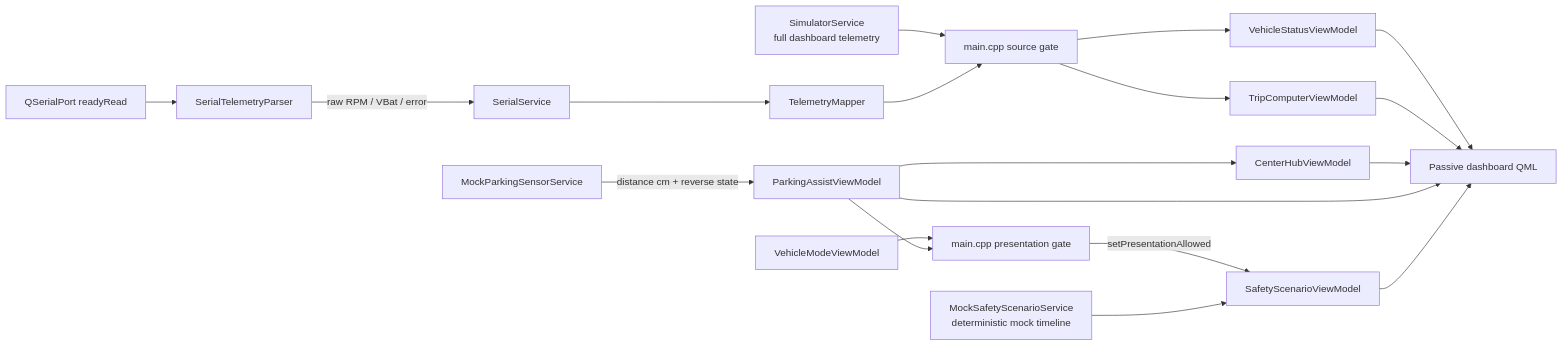
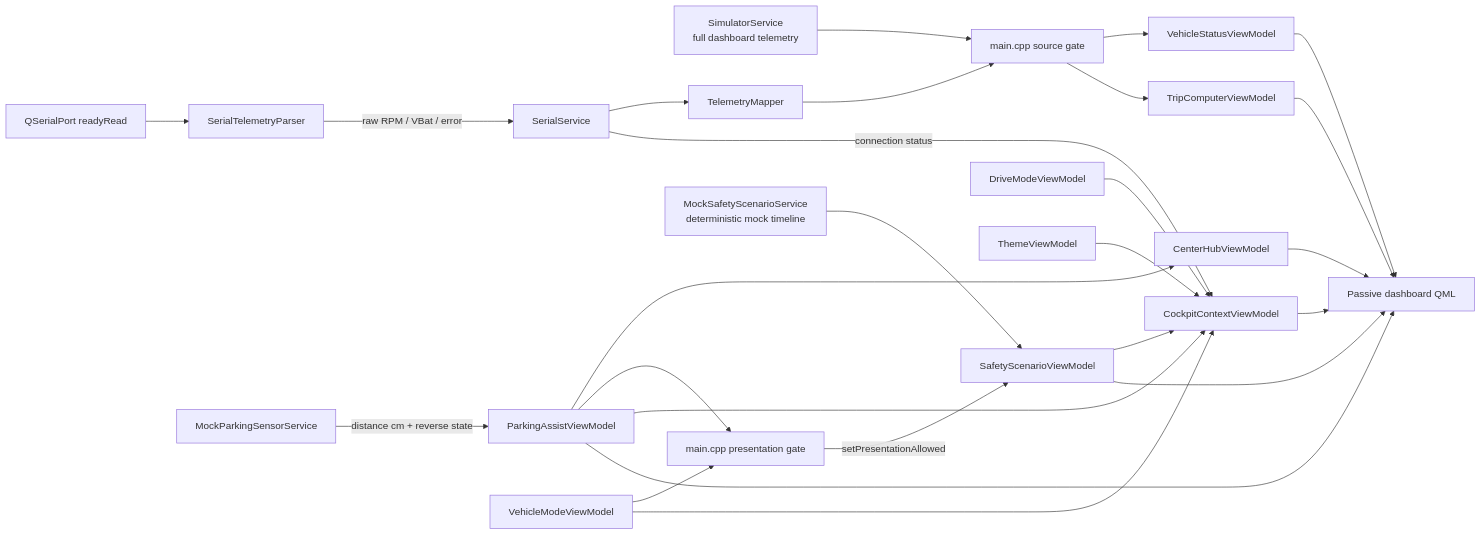
Before and after one commit to BUITANHUNG0411/CyberDash-STM32: the diagram in docs/architecture.md, drawn with Mermaid. The commit also changed other lines of this file and 8 other files, not shown here.

````diff
--- a/docs/architecture.md
+++ b/docs/architecture.md
@@ -39,21 +40,28 @@
 ```mermaid
 flowchart LR
     Simulator[SimulatorService<br/>full dashboard telemetry] --> Main[main.cpp source gate]
     Port[QSerialPort readyRead] --> Parser[SerialTelemetryParser]
     Parser -->|raw RPM / VBat / error| Serial[SerialService]
     Serial --> Mapper[TelemetryMapper]
     Mapper --> Main
     Main --> Status[VehicleStatusViewModel]
     Main --> Trip[TripComputerViewModel]
     ParkingSource[MockParkingSensorService] -->|distance cm + reverse state| Parking[ParkingAssistViewModel]
     Parking --> Hub[CenterHubViewModel]
     VehicleMode[VehicleModeViewModel] --> SafetyGate[main.cpp presentation gate]
     Parking --> SafetyGate
     SafetyGate -->|setPresentationAllowed| Safety[SafetyScenarioViewModel]
     SafetySource[MockSafetyScenarioService<br/>deterministic mock timeline] --> Safety
+    VehicleMode --> Cockpit[CockpitContextViewModel]
+    DriveMode[DriveModeViewModel] --> Cockpit
+    Theme[ThemeViewModel] --> Cockpit
+    Serial -->|connection status| Cockpit
+    Parking --> Cockpit
+    Safety --> Cockpit
     Status --> DashboardQML[Passive dashboard QML]
     Trip --> DashboardQML
     Hub --> DashboardQML
     Parking --> DashboardQML
     Safety --> DashboardQML
+    Cockpit --> DashboardQML
 ```
````
